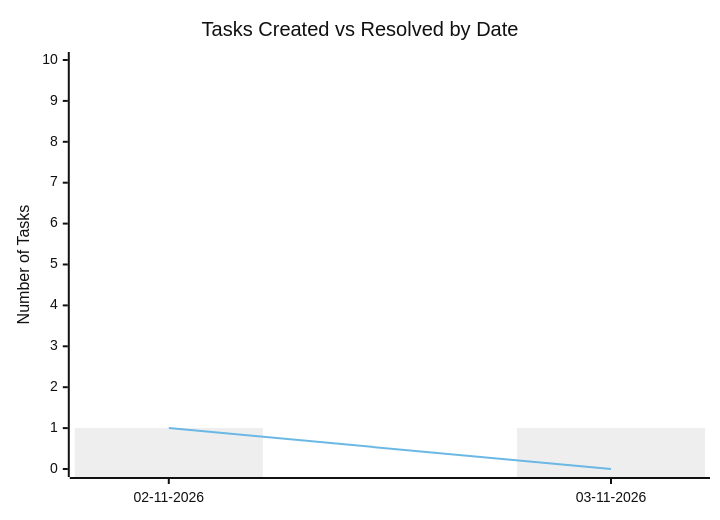
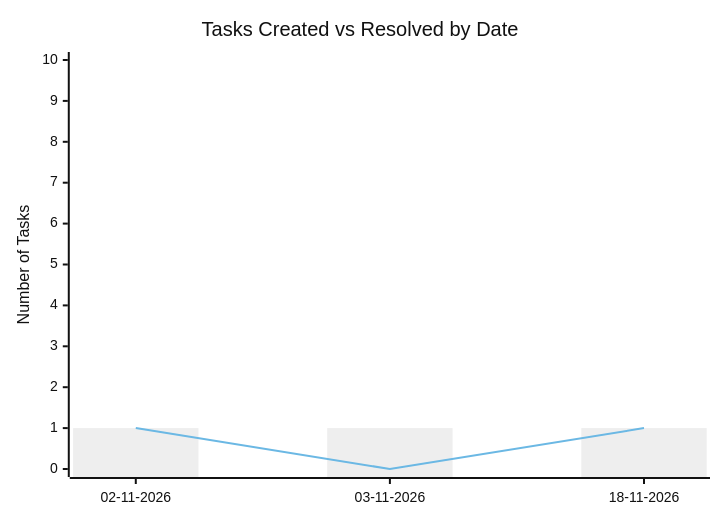
The second of 2 diagrams in Staff_Establishment_HR/Analytics.md (sagarms97/MyWorkDairy), drawn with Mermaid (neutral theme) before and after one commit. The commit also changed other lines of this file and 7 other files, not shown here.

````diff
--- a/Staff_Establishment_HR/Analytics.md
+++ b/Staff_Establishment_HR/Analytics.md
@@ -25,8 +26,8 @@
 ```mermaid
 xychart-beta
     title "Tasks Created vs Resolved by Date"
-    x-axis ["02-11-2026", "03-11-2026"]
+    x-axis ["02-11-2026", "03-11-2026", "18-11-2026"]
     y-axis "Number of Tasks" 0 --> 10
-    bar [1, 1]
-    line [1, 0]
+    bar [1, 1, 1]
+    line [1, 0, 1]
 ```
````
